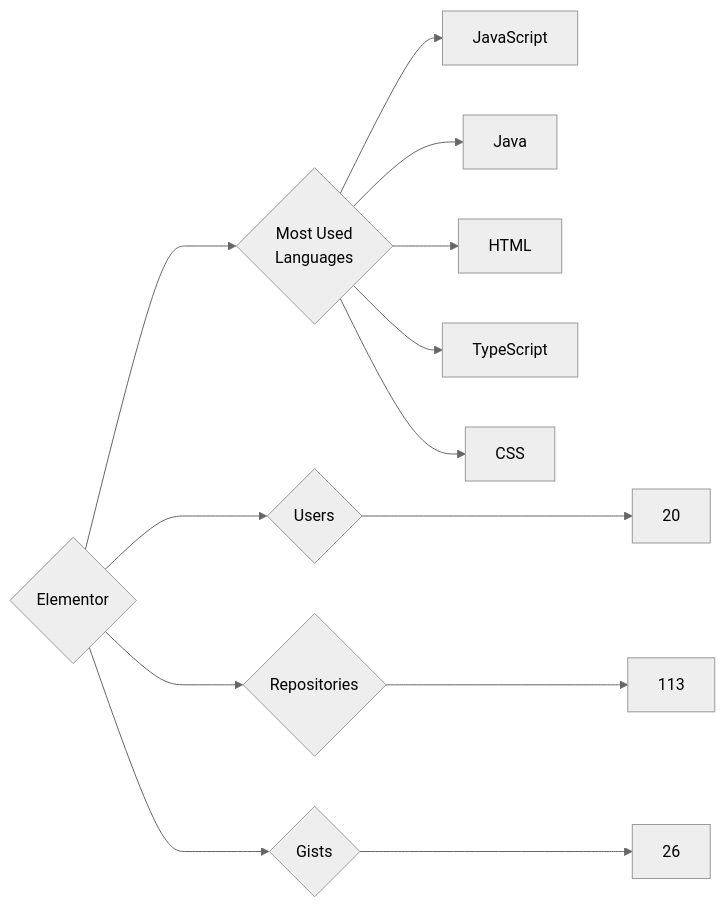
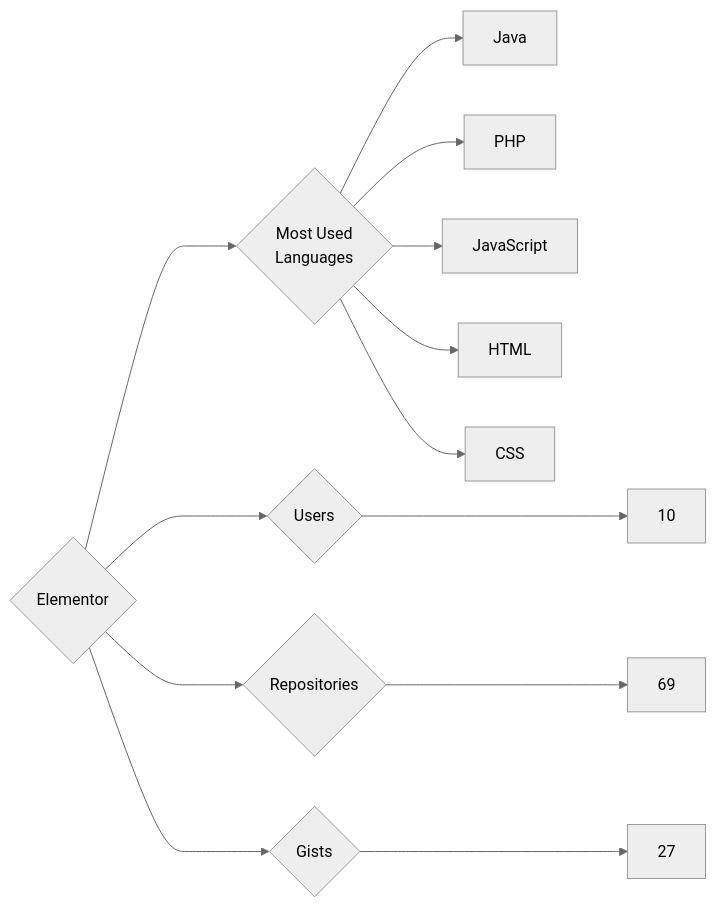
One commit to trickest/insiders changed the diagram in targets/Elementor/README.md. Above: the diagram before and after it, drawn with Mermaid (neutral theme). The commit also changed 736 other files, not shown here.

````diff
--- a/targets/Elementor/README.md
+++ b/targets/Elementor/README.md
@@ -3,13 +3,13 @@
 ```mermaid
 graph LR
 COMPANY_NAME{Elementor}
-COMPANY_NAME ---> U{Users} ---> UN[20]
-COMPANY_NAME ---> R{Repositories} ---> RN[113]
-COMPANY_NAME ---> G{Gists} ---> GN[26]
+COMPANY_NAME ---> U{Users} ---> UN[10]
+COMPANY_NAME ---> R{Repositories} ---> RN[69]
+COMPANY_NAME ---> G{Gists} ---> GN[27]
 COMPANY_NAME ---> ML{Most Used<br>Languages}
+ML --> Java[Java]
+ML --> PHP[PHP]
 ML --> JavaScript[JavaScript]
-ML --> Java[Java]
 ML --> HTML[HTML]
-ML --> TypeScript[TypeScript]
 ML --> CSS[CSS]
 ```
````
